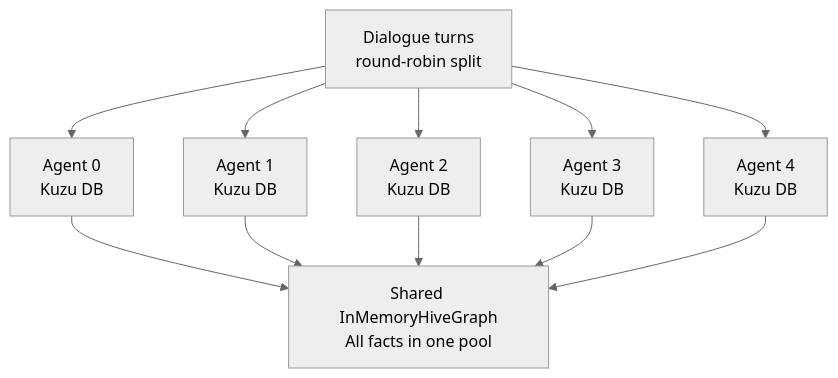
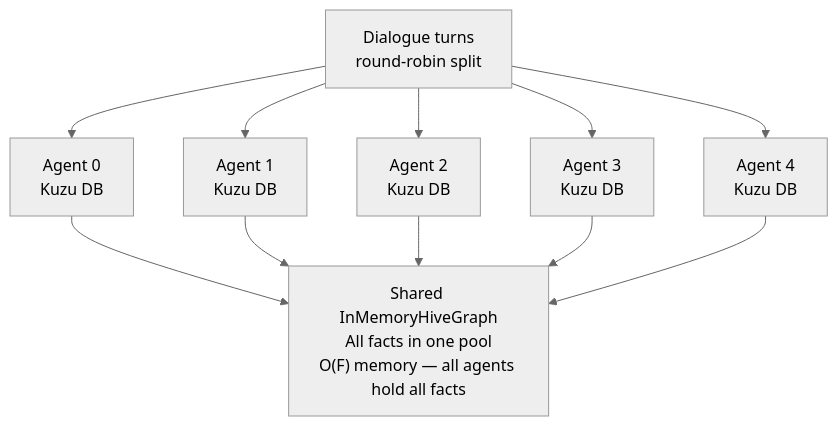
One commit to rysweet/amplihack-agent-eval changed the second of 4 diagrams in docs/hive-mind-eval.md. Above: the diagram before and after it, drawn with Mermaid (neutral theme). The commit also changed other lines of this file, not shown here.

First line of the commit message:
docs(hive-mind-eval): update with latest results, median-of-3, single DHT, and parallel learning (#20)

````diff
--- a/docs/hive-mind-eval.md
+++ b/docs/hive-mind-eval.md
@@ -51,12 +61,12 @@
 ```mermaid
 graph TD
     T[Dialogue turns<br/>round-robin split] --> A0 & A1 & A2 & A3 & A4
 
     A0[Agent 0<br/>Kuzu DB] --> Hive
     A1[Agent 1<br/>Kuzu DB] --> Hive
     A2[Agent 2<br/>Kuzu DB] --> Hive
     A3[Agent 3<br/>Kuzu DB] --> Hive
     A4[Agent 4<br/>Kuzu DB] --> Hive
 
-    Hive["Shared InMemoryHiveGraph<br/>All facts in one pool"]
+    Hive["Shared InMemoryHiveGraph<br/>All facts in one pool<br/>O(F) memory — all agents hold all facts"]
 ```
````
